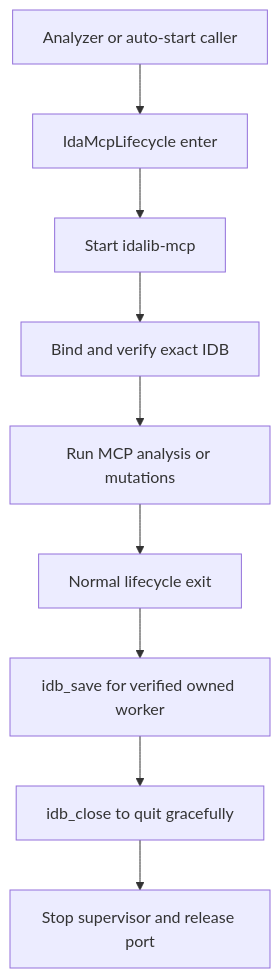
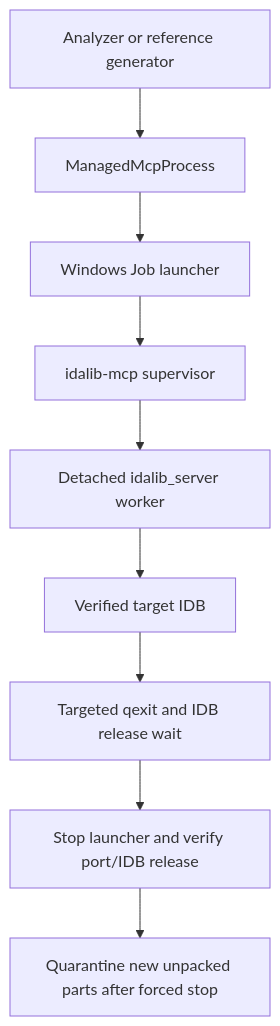
Before and after one commit to HLND2T/CS2_VibeSignatures: the diagram in memory/idalib-mcp.md, drawn with Mermaid. The commit also changed other lines of this file and 9 other files, not shown here.

Commit message:
fix(ida): reclaim MCP workers with Windows Job

````diff
--- a/memory/idalib-mcp.md
+++ b/memory/idalib-mcp.md
@@ -30,11 +31,11 @@
 ```mermaid
 flowchart TD
-    A["Analyzer or auto-start caller"] --> B["IdaMcpLifecycle enter"]
-    B --> C["Start idalib-mcp"]
-    C --> D["Bind and verify exact IDB"]
-    D --> E["Run MCP analysis or mutations"]
-    E --> F["Normal lifecycle exit"]
-    F --> G["idb_save for verified owned worker"]
-    G --> H["idb_close to quit gracefully"]
-    H --> I["Stop supervisor and release port"]
+    A[Analyzer or reference generator] --> B[ManagedMcpProcess]
+    B --> C[Windows Job launcher]
+    C --> D[idalib-mcp supervisor]
+    D --> E[Detached idalib_server worker]
+    E --> F[Verified target IDB]
+    F --> G[Targeted qexit and IDB release wait]
+    G --> H[Stop launcher and verify port/IDB release]
+    H --> I[Quarantine new unpacked parts after forced stop]
 ```
````
